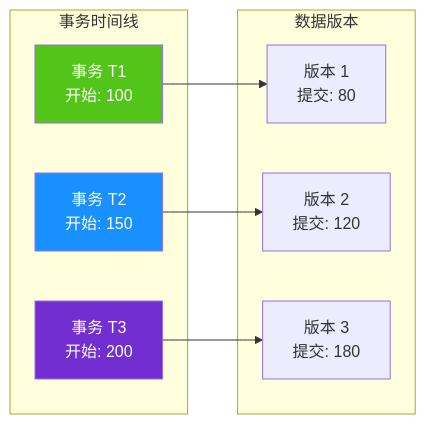
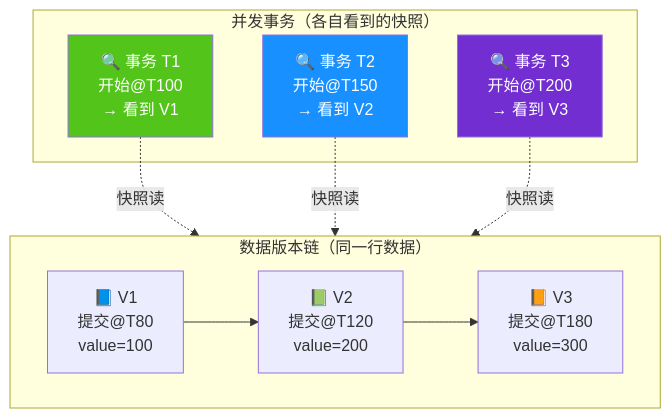
The fifth of 14 diagrams in docs/research/003-oceanbase.md (ThreeFish-AI/agentic-ai-cognizes), drawn with Mermaid before and after one commit. The commit also changed other lines of this file, not shown here.

Commit message:
docs(Research): 优化 OceanBase 文档标题与 LSM-Tree 章节通俗性;
改进 OceanBase 调研文档的可读性:
- 简化文档标题从"三位一体数据库深度调研报告"到"三位一体数据库调研",提升简洁性
- 标准化章节标题格式,将"#### 架构层次说明"改为加粗文本"**架构层次**:",保持与文档其他部分风格一致
- 新增 LSM-Tree 工作原理的"快递分拣中心"类比说明(TIP 提示框),通过 MemTable/转储/合并/查件四个环节将技术概念映射到日常场景,降低理解门槛
- 统一"LSM-Tree 核心机制"标题格式为加粗文本

🤖 Generated with [Claude Code](https://claude.ai/code), [Antigravity](https://antigravity.google)

````diff
--- a/docs/research/003-oceanbase.md
+++ b/docs/research/003-oceanbase.md
@@ -199,22 +216,24 @@
 ```mermaid
-graph LR
-    subgraph "事务时间线"
-        T1[事务 T1<br/>开始: 100]
-        T2[事务 T2<br/>开始: 150]
-        T3[事务 T3<br/>开始: 200]
+graph TB
+    subgraph "数据版本链（同一行数据）"
+        direction LR
+        V1["📘 V1<br/>提交@T80<br/>value=100"]
+        V2["📗 V2<br/>提交@T120<br/>value=200"]
+        V3["📙 V3<br/>提交@T180<br/>value=300"]
+        V1 --> V2 --> V3
     end
 
-    subgraph "数据版本"
-        V1[版本 1<br/>提交: 80]
-        V2[版本 2<br/>提交: 120]
-        V3[版本 3<br/>提交: 180]
+    subgraph "并发事务（各自看到的快照）"
+        T1["🔍 事务 T1<br/>开始@T100<br/>→ 看到 V1"]:::t1
+        T2["🔍 事务 T2<br/>开始@T150<br/>→ 看到 V2"]:::t2
+        T3["🔍 事务 T3<br/>开始@T200<br/>→ 看到 V3"]:::t3
     end
 
-    T1 --> V1
-    T2 --> V2
-    T3 --> V3
+    T1 -.->|快照读| V1
+    T2 -.->|快照读| V2
+    T3 -.->|快照读| V3
 
-    style T1 fill:#52c41a,color:#fff
-    style T2 fill:#1890ff,color:#fff
-    style T3 fill:#722ed1,color:#fff
+    classDef t1 fill:#52c41a,color:#fff
+    classDef t2 fill:#1890ff,color:#fff
+    classDef t3 fill:#722ed1,color:#fff
 ```
````
